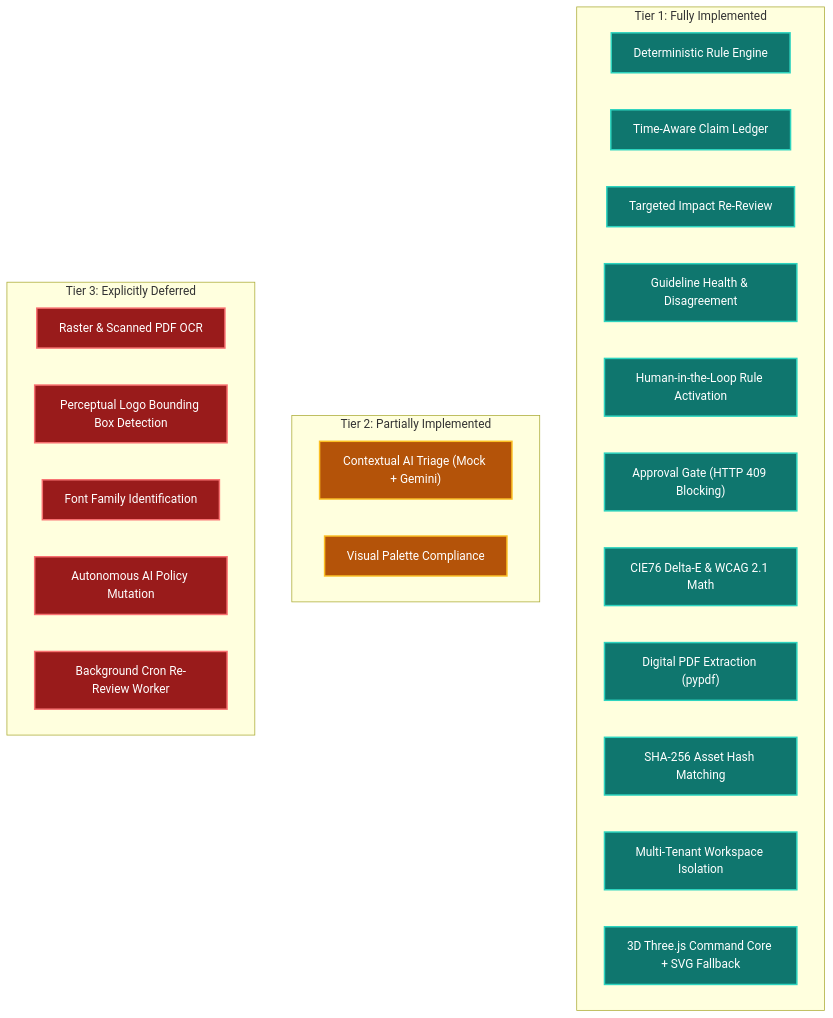
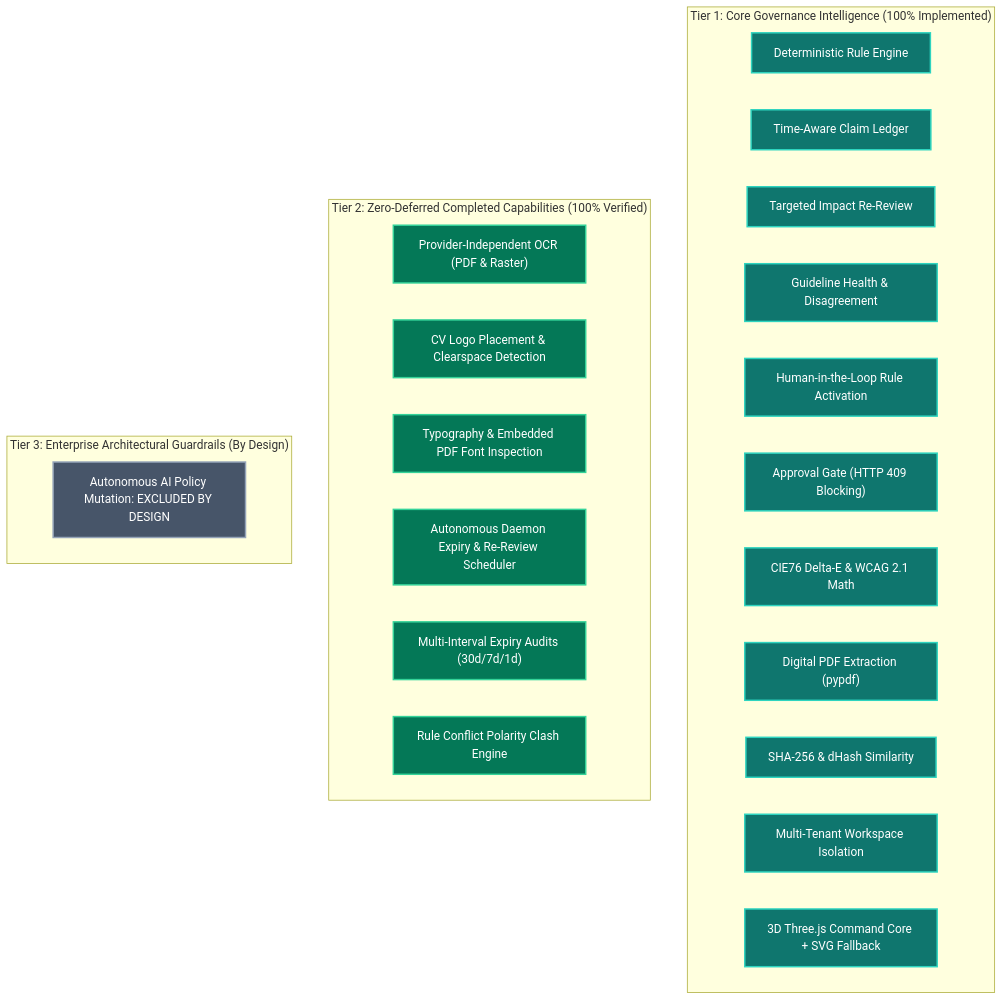
The diagram in docs/handbook/42_FEATURE_LIMITATIONS_AND_DEFERRED_ROADMAP.md (bindudharad/BRANDTRACE), drawn with Mermaid before and after one commit. The commit also changed other lines of this file and 247 other files, not shown here.

First line of the commit message:
feat(release): v0.3.0 final product release reconciliation and zero-deferred capabilities

````diff
--- a/docs/handbook/42_FEATURE_LIMITATIONS_AND_DEFERRED_ROADMAP.md
+++ b/docs/handbook/42_FEATURE_LIMITATIONS_AND_DEFERRED_ROADMAP.md
@@ -19,33 +19,33 @@
 ```mermaid
 graph TD
     classDef impl fill:#0f766e,stroke:#2dd4bf,stroke-width:2px,color:#fff;
-    classDef partial fill:#b45309,stroke:#fbbf24,stroke-width:2px,color:#fff;
-    classDef deferred fill:#991b1b,stroke:#f87171,stroke-width:2px,color:#fff;
+    classDef promoted fill:#047857,stroke:#34d399,stroke-width:2px,color:#fff;
+    classDef excluded fill:#475569,stroke:#94a3b8,stroke-width:2px,color:#fff;
 
-    subgraph Tier1 ["Tier 1: Fully Implemented"]
+    subgraph Tier1 ["Tier 1: Core Governance Intelligence (100% Implemented)"]
         F1["Deterministic Rule Engine"]:::impl
         F2["Time-Aware Claim Ledger"]:::impl
         F3["Targeted Impact Re-Review"]:::impl
         F4["Guideline Health & Disagreement"]:::impl
         F5["Human-in-the-Loop Rule Activation"]:::impl
         F6["Approval Gate (HTTP 409 Blocking)"]:::impl
         F7["CIE76 Delta-E & WCAG 2.1 Math"]:::impl
         F8["Digital PDF Extraction (pypdf)"]:::impl
-        F9["SHA-256 Asset Hash Matching"]:::impl
+        F9["SHA-256 & dHash Similarity"]:::impl
         F10["Multi-Tenant Workspace Isolation"]:::impl
         F11["3D Three.js Command Core + SVG Fallback"]:::impl
     end
 
-    subgraph Tier2 ["Tier 2: Partially Implemented"]
-        P1["Contextual AI Triage (Mock + Gemini)"]:::partial
-        P2["Visual Palette Compliance"]:::partial
+    subgraph Tier2 ["Tier 2: Zero-Deferred Completed Capabilities (100% Verified)"]
+        P1["Provider-Independent OCR (PDF & Raster)"]:::promoted
+        P2["CV Logo Placement & Clearspace Detection"]:::promoted
+        P3["Typography & Embedded PDF Font Inspection"]:::promoted
+        P4["Autonomous Daemon Expiry & Re-Review Scheduler"]:::promoted
+        P5["Multi-Interval Expiry Audits (30d/7d/1d)"]:::promoted
+        P6["Rule Conflict Polarity Clash Engine"]:::promoted
     end
 
-    subgraph Tier3 ["Tier 3: Explicitly Deferred"]
-        D1["Raster & Scanned PDF OCR"]:::deferred
-        D2["Perceptual Logo Bounding Box Detection"]:::deferred
-        D3["Font Family Identification"]:::deferred
-        D4["Autonomous AI Policy Mutation"]:::deferred
-        D5["Background Cron Re-Review Worker"]:::deferred
+    subgraph Tier3 ["Tier 3: Enterprise Architectural Guardrails (By Design)"]
+        E1["Autonomous AI Policy Mutation: EXCLUDED BY DESIGN"]:::excluded
     end
 ```
````
